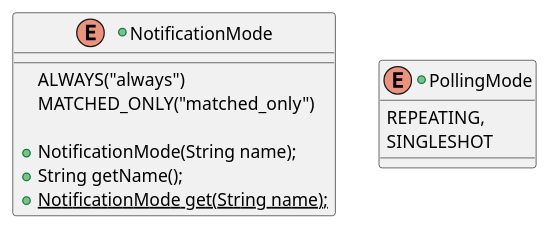
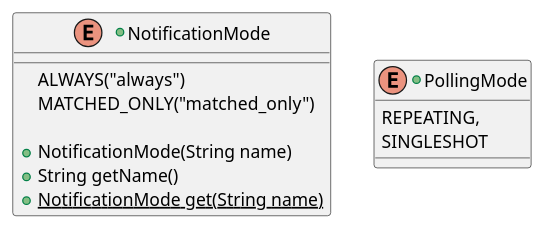
Diagram 29 of 39 in src/KeypleCoreApi/ApplicationApi/puml/KeypleCore-ApplicationApi-ClassDiag-SE_Proxy-ClassElements.iuml (calypsonet/keyple), drawn with PlantUML before and after one commit. The commit also changed other lines of this file and 19 other files, not shown here.

```diff
--- a/src/KeypleCoreApi/ApplicationApi/puml/KeypleCore-ApplicationApi-ClassDiag-SE_Proxy-ClassElements.iuml
+++ b/src/KeypleCoreApi/ApplicationApi/puml/KeypleCore-ApplicationApi-ClassDiag-SE_Proxy-ClassElements.iuml
@@ -337,15 +337,15 @@
 @startuml(id=SEPROXY_READERNOTIFICATION)
 +enum NotificationMode {
   ALWAYS("always")
   MATCHED_ONLY("matched_only")
 
-  +NotificationMode(String name);
-  +String getName();
-  +{static}NotificationMode get(String name);
+  +NotificationMode(String name)
+  +String getName()
+  +{static}NotificationMode get(String name)
 }
 
 +enum PollingMode {
   REPEATING,
   SINGLESHOT
 }
 @enduml
```
